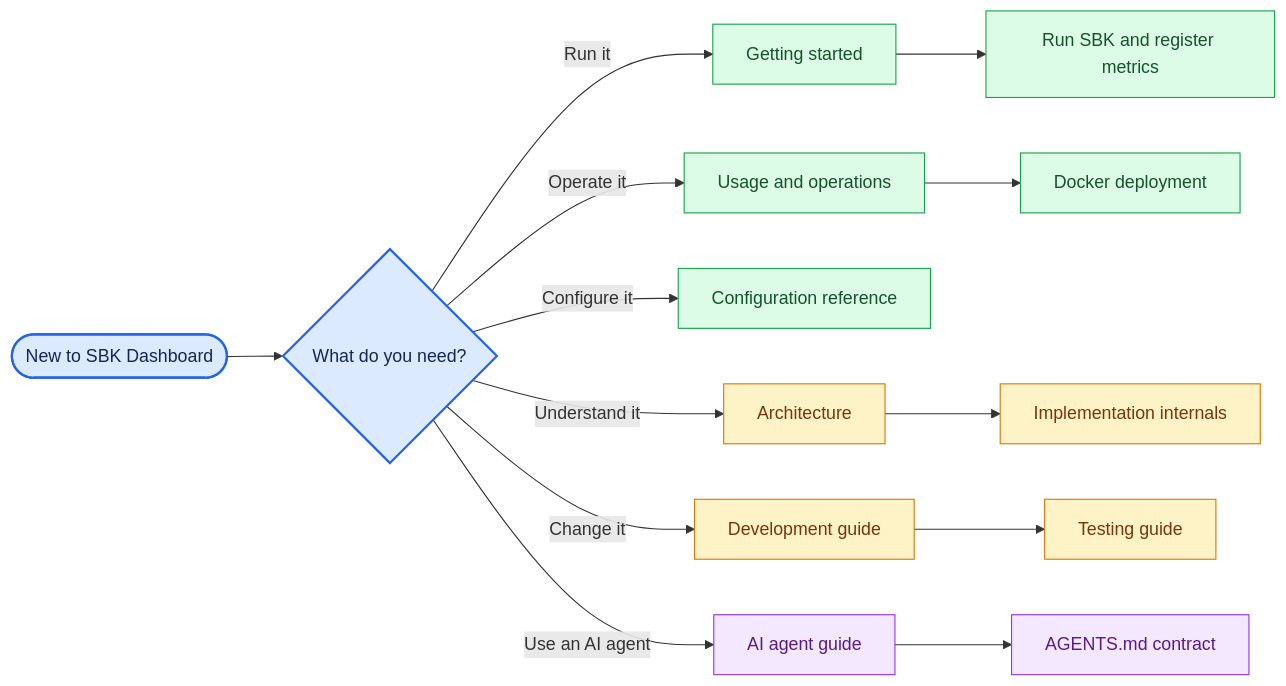
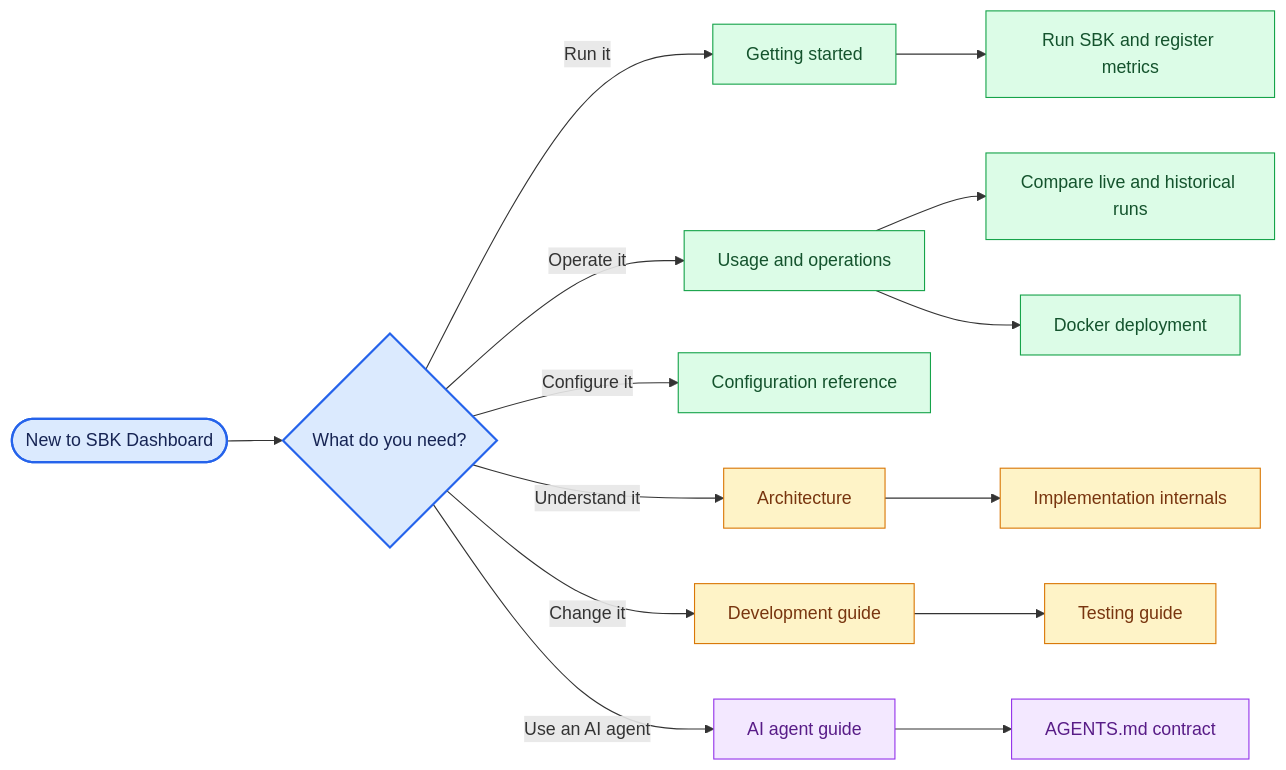
Before and after one commit to kmgowda/sbk-dashboard: the diagram in docs/README.md, drawn with Mermaid. The commit also changed other lines of this file and 51 other files, not shown here.

````diff
--- a/docs/README.md
+++ b/docs/README.md
@@ -16,24 +16,25 @@
 ```mermaid
 flowchart LR
     Start([New to SBK Dashboard]) --> Choice{What do you need?}
     Choice -->|Run it| Getting[Getting started]
     Choice -->|Operate it| Usage[Usage and operations]
     Choice -->|Configure it| Config[Configuration reference]
     Choice -->|Understand it| Architecture[Architecture]
     Choice -->|Change it| Development[Development guide]
     Choice -->|Use an AI agent| Agents[AI agent guide]
     Getting --> SBK[Run SBK and register metrics]
+    Usage --> Comparison[Compare live and historical runs]
     Usage --> Docker[Docker deployment]
     Architecture --> Internals[Implementation internals]
     Development --> Testing[Testing guide]
     Agents --> AgentContract[AGENTS.md contract]
 
     classDef entry fill:#dbeafe,stroke:#2563eb,color:#172554,stroke-width:2px;
     classDef operator fill:#dcfce7,stroke:#16a34a,color:#14532d;
     classDef engineer fill:#fef3c7,stroke:#d97706,color:#78350f;
     classDef agent fill:#f3e8ff,stroke:#9333ea,color:#581c87;
     class Start,Choice entry;
-    class Getting,Usage,Config,SBK,Docker operator;
+    class Getting,Usage,Config,SBK,Comparison,Docker operator;
     class Architecture,Internals,Development,Testing engineer;
     class Agents,AgentContract agent;
 ```
````
